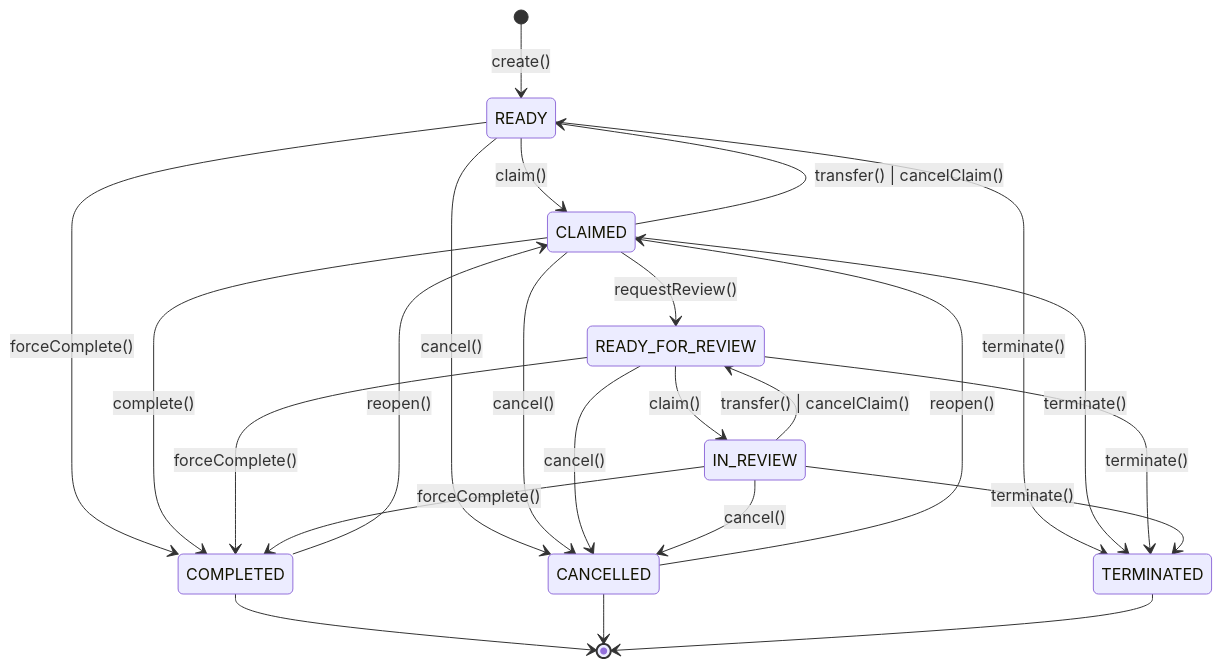
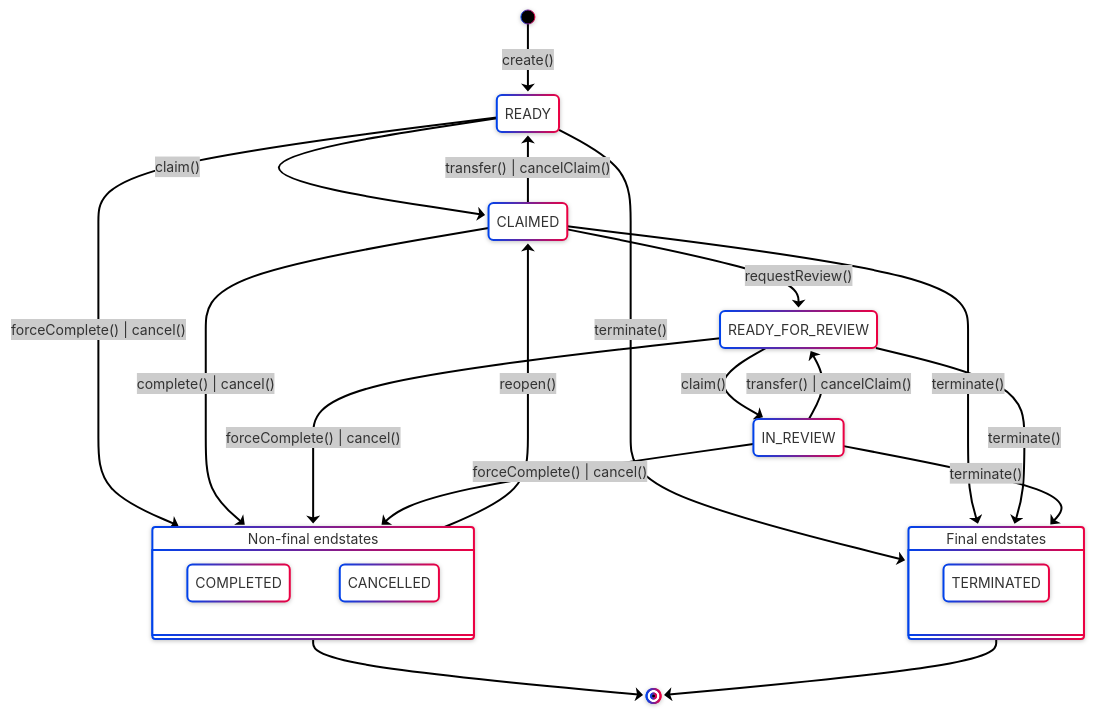
The diagram in README.md (kadai-io/kadai), drawn with Mermaid before and after one commit.

Commit message:
KAD-477-docs: mermaid composites

````diff
--- a/README.md
+++ b/README.md
@@ -69,31 +69,41 @@
 ```mermaid
-    stateDiagram-v2
-        [*] --> READY: create()
-        READY --> CLAIMED: claim()
-        READY --> COMPLETED: forceComplete()
-        READY --> CANCELLED: cancel()
-        READY --> TERMINATED: terminate()
-        
-        CLAIMED --> READY_FOR_REVIEW: requestReview()
-        CLAIMED --> READY: transfer() | cancelClaim()
-        CLAIMED --> COMPLETED: complete()
-        CLAIMED --> CANCELLED: cancel()
-        CLAIMED --> TERMINATED: terminate()
-        
-        READY_FOR_REVIEW --> IN_REVIEW: claim()
-        READY_FOR_REVIEW --> COMPLETED: forceComplete()
-        READY_FOR_REVIEW --> CANCELLED: cancel()
-        READY_FOR_REVIEW --> TERMINATED: terminate()
-        
-        IN_REVIEW --> READY_FOR_REVIEW: transfer() | cancelClaim()
-        IN_REVIEW --> COMPLETED: forceComplete()
-        IN_REVIEW --> CANCELLED: cancel()
-        IN_REVIEW --> TERMINATED: terminate()
-        
-        COMPLETED --> CLAIMED: reopen()
-        COMPLETED --> [*]
-        CANCELLED --> CLAIMED: reopen()
-        CANCELLED --> [*]
-        TERMINATED --> [*]
-        
+---
+config:
+  look: neo
+  theme: neo
+---
+stateDiagram-v2
+    [*] --> READY: create()
+    READY --> CLAIMED: claim()
+    READY --> nonFinalEndStates: forceComplete() | cancel()
+    READY --> finalEndStates: terminate()
+
+    CLAIMED --> READY_FOR_REVIEW: requestReview()
+    CLAIMED --> READY: transfer() | cancelClaim()
+    CLAIMED --> nonFinalEndStates: complete() | cancel()
+    CLAIMED --> finalEndStates: terminate()
+
+    READY_FOR_REVIEW --> IN_REVIEW: claim()
+    READY_FOR_REVIEW --> nonFinalEndStates: forceComplete() | cancel()
+    READY_FOR_REVIEW --> finalEndStates: terminate()
+
+    IN_REVIEW --> READY_FOR_REVIEW: transfer() | cancelClaim()
+    IN_REVIEW --> nonFinalEndStates: forceComplete() | cancel()
+    IN_REVIEW --> finalEndStates: terminate()
+
+    nonFinalEndStates --> CLAIMED: reopen()
+    nonFinalEndStates --> [*]
+    finalEndStates --> [*]
+    
+    nonFinalEndStates: Non-final endstates
+    state nonFinalEndStates {
+        COMPLETED
+        CANCELLED
+    }
+
+    finalEndStates: Final endstates
+    state finalEndStates {
+        TERMINATED
+    }
+
 ```
````
